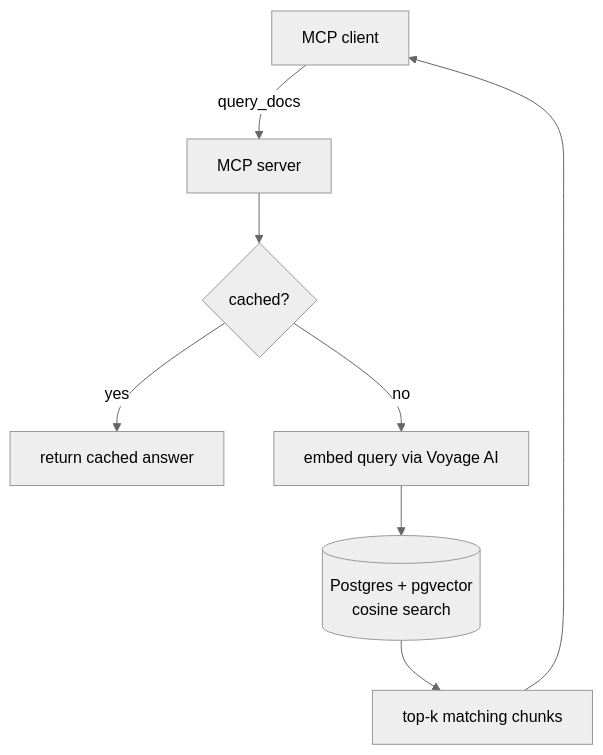
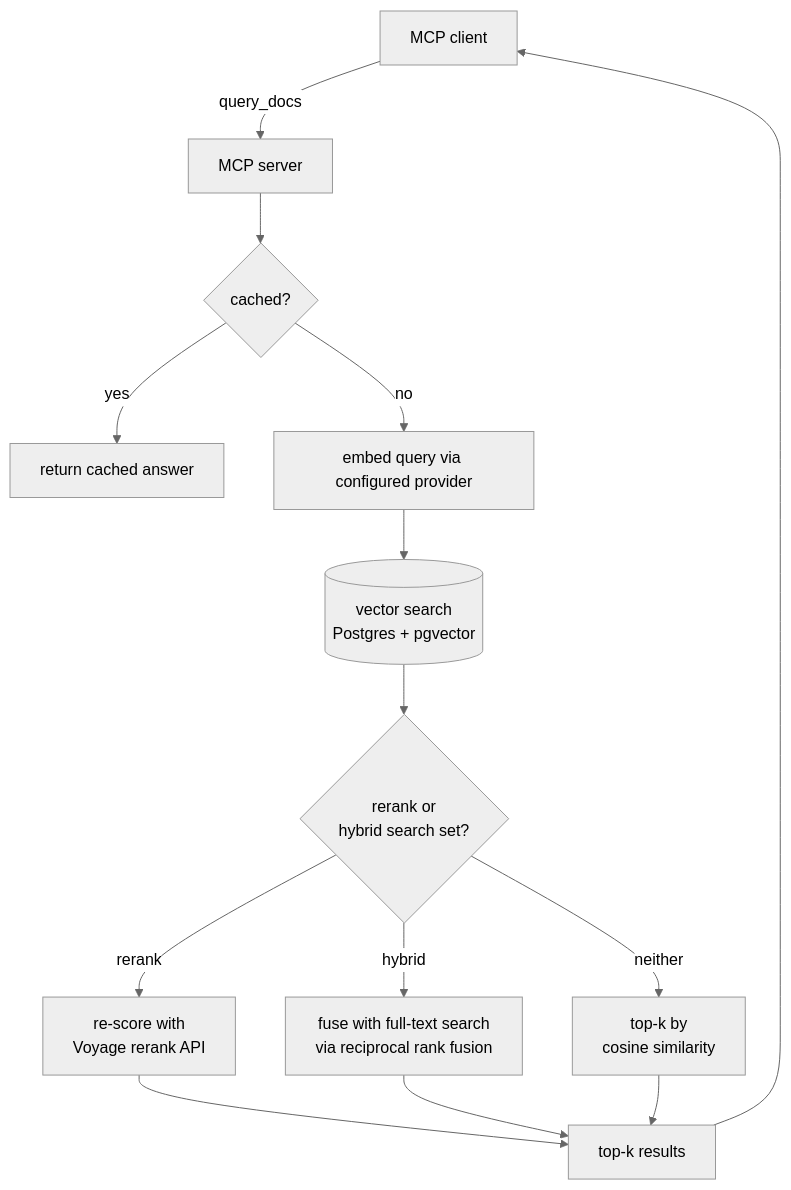
The second of 2 diagrams in README.md (theniitettey/doc-rag-mcp), drawn with Mermaid (neutral theme) before and after one commit. The commit also changed other lines of this file, not shown here.

Commit message:
Update flow diagrams for pluggable providers and rerank/hybrid search

````diff
--- a/README.md
+++ b/README.md
@@ -35,10 +37,16 @@
 ```mermaid
 flowchart TD
     A[MCP client] -- query_docs --> B[MCP server]
     B --> C{cached?}
-    C -- yes --> G[return cached answer]
-    C -- no --> D[embed query via Voyage AI]
-    D --> E[(Postgres + pgvector<br/>cosine search)]
-    E --> F[top-k matching chunks]
-    F --> A
+    C -- yes --> Z[return cached answer]
+    C -- no --> D[embed query via configured provider]
+    D --> E[(vector search<br/>Postgres + pgvector)]
+    E --> F{rerank or<br/>hybrid search set?}
+    F -- rerank --> G[re-score with<br/>Voyage rerank API]
+    F -- hybrid --> H[fuse with full-text search<br/>via reciprocal rank fusion]
+    F -- neither --> I[top-k by<br/>cosine similarity]
+    G --> J[top-k results]
+    H --> J
+    I --> J
+    J --> A
 ```
````
